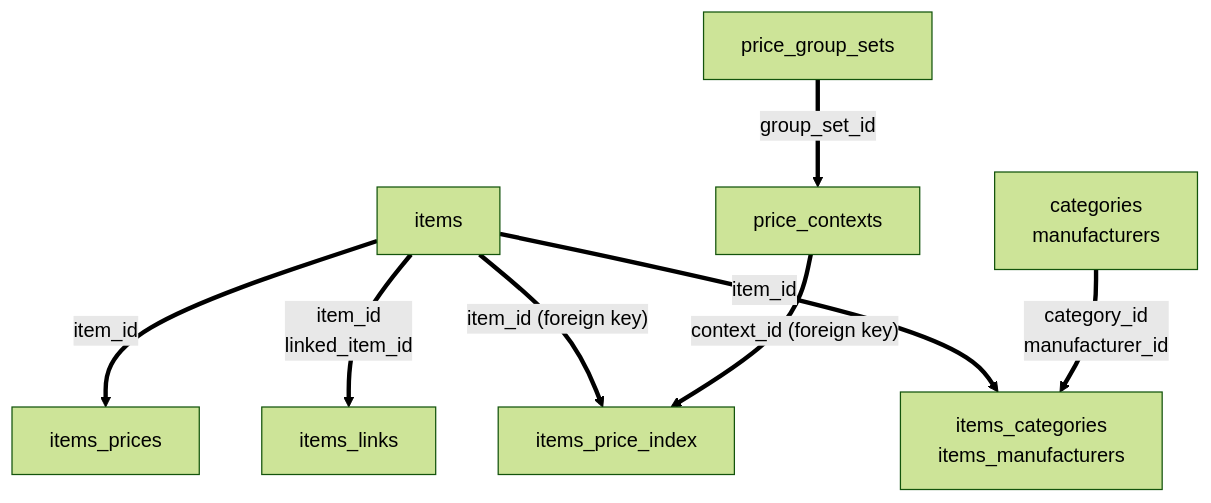
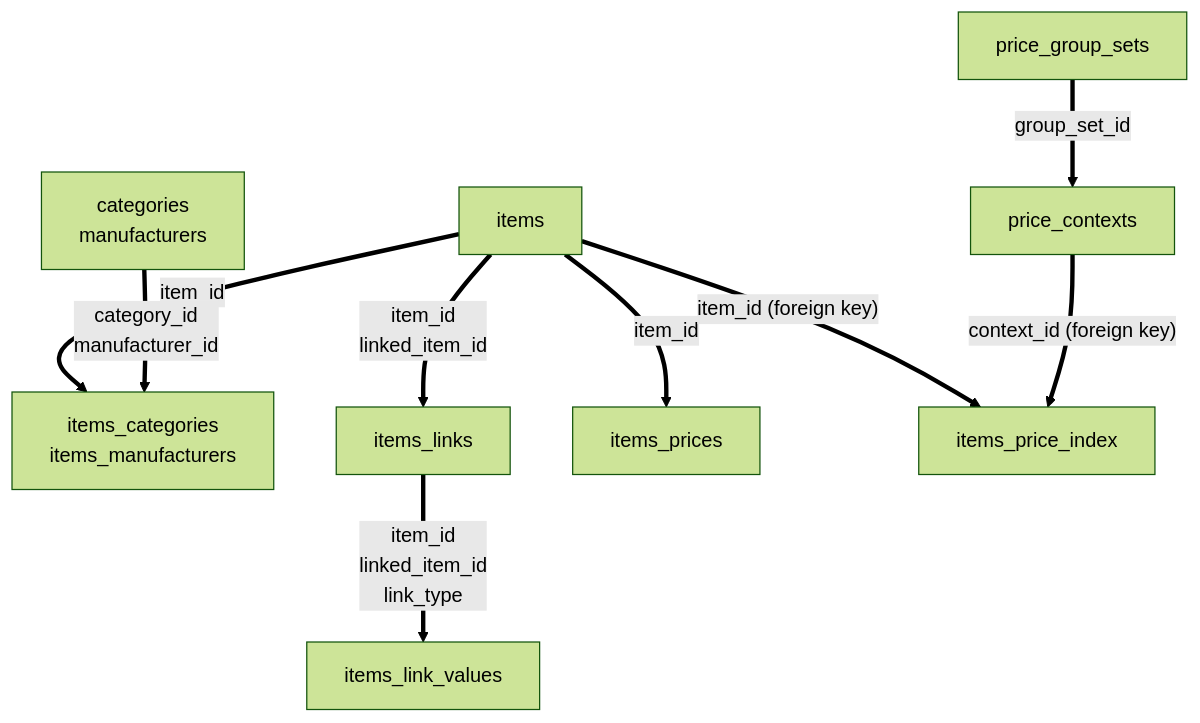
One commit to Easylogic-CO-LP/Alfa-Commerce-Manual changed the first of 6 diagrams in docs/architecture/database-schema.md. Above: the diagram before and after it, drawn with Mermaid (forest theme). The commit also changed other lines of this file and 5 other files, not shown here.

Commit message:
Related products with variants: the item record's related objects, their events, saving them from code, and Show on listing on the cards

````diff
--- a/docs/architecture/database-schema.md
+++ b/docs/architecture/database-schema.md
@@ -37,10 +37,11 @@
 ```mermaid
 flowchart TB
     items["items"] ==>|item_id| links["items_categories<br/>items_manufacturers"]
     owners["categories<br/>manufacturers"] ==>|category_id<br/>manufacturer_id| links
     items ==>|item_id<br/>linked_item_id| related["items_links"]
+    related ==>|item_id<br/>linked_item_id<br/>link_type| relatedValues["items_link_values"]
     items ==>|item_id| prices["items_prices"]
     items ==>|"item_id (foreign key)"| index["items_price_index"]
     contexts["price_contexts"] ==>|"context_id (foreign key)"| index
     sets["price_group_sets"] ==>|group_set_id| contexts
 ```
````
